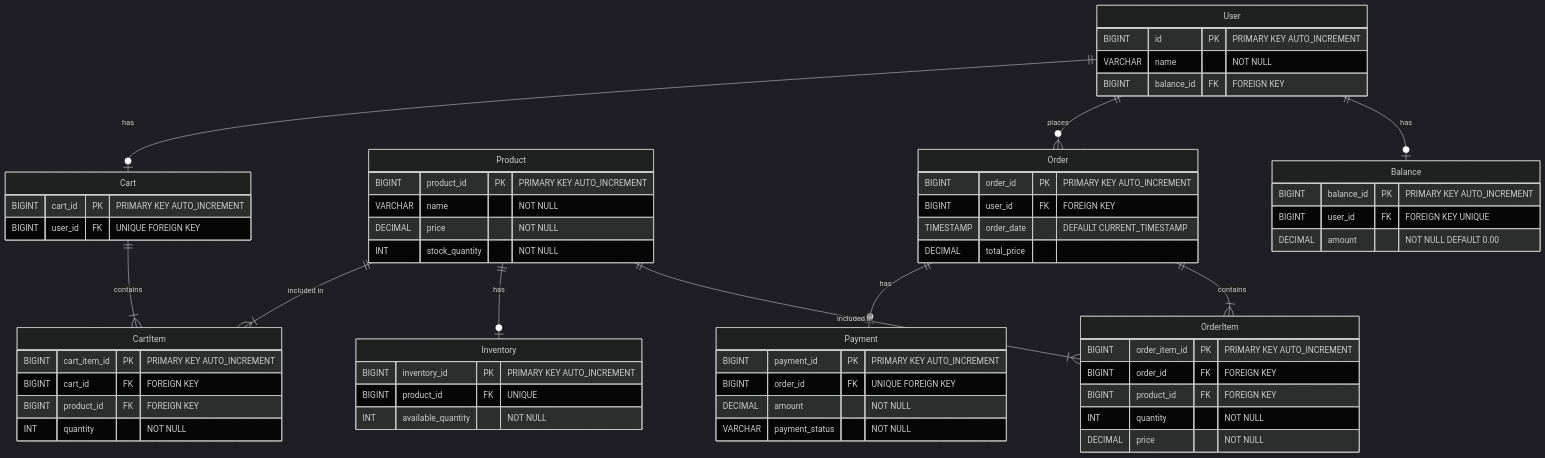
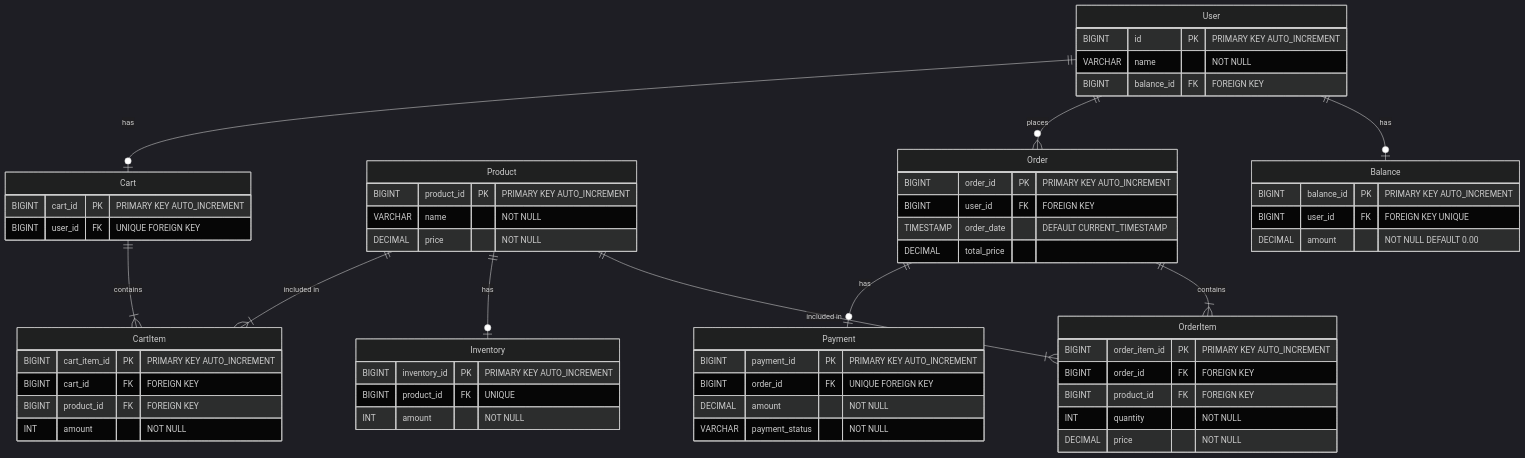
Before and after one commit to onetaek/e-commerce-project: the eighth of 8 diagrams in README.md, drawn with Mermaid (dark theme). The commit also changed other lines of this file, not shown here.

Commit message:
doc: README.md 수정(ERD, 패키지 구조)

````diff
--- a/README.md
+++ b/README.md
@@ -183,63 +178,62 @@
 ```mermaid
 erDiagram
     User {
         BIGINT id PK "PRIMARY KEY AUTO_INCREMENT"
         VARCHAR name "NOT NULL"
         BIGINT balance_id FK "FOREIGN KEY"
     }
     Balance {
         BIGINT balance_id PK "PRIMARY KEY AUTO_INCREMENT"
         BIGINT user_id FK "FOREIGN KEY UNIQUE"
         DECIMAL amount "NOT NULL DEFAULT 0.00"
     }
     Product {
         BIGINT product_id PK "PRIMARY KEY AUTO_INCREMENT"
         VARCHAR name "NOT NULL"
         DECIMAL price "NOT NULL"
-        INT stock_quantity "NOT NULL"
     }
     Order {
         BIGINT order_id PK "PRIMARY KEY AUTO_INCREMENT"
         BIGINT user_id FK "FOREIGN KEY"
         TIMESTAMP order_date "DEFAULT CURRENT_TIMESTAMP"
         DECIMAL total_price
     }
     OrderItem {
         BIGINT order_item_id PK "PRIMARY KEY AUTO_INCREMENT"
         BIGINT order_id FK "FOREIGN KEY"
         BIGINT product_id FK "FOREIGN KEY"
         INT quantity "NOT NULL"
         DECIMAL price "NOT NULL"
     }
     Inventory {
         BIGINT inventory_id PK "PRIMARY KEY AUTO_INCREMENT"
         BIGINT product_id FK "UNIQUE"
-        INT available_quantity "NOT NULL"
+        INT amount "NOT NULL"
     }
     Payment {
         BIGINT payment_id PK "PRIMARY KEY AUTO_INCREMENT"
         BIGINT order_id FK "UNIQUE FOREIGN KEY"
         DECIMAL amount "NOT NULL"
         VARCHAR payment_status "NOT NULL"
     }
     Cart {
         BIGINT cart_id PK "PRIMARY KEY AUTO_INCREMENT"
         BIGINT user_id FK "UNIQUE FOREIGN KEY"
     }
     CartItem {
         BIGINT cart_item_id PK "PRIMARY KEY AUTO_INCREMENT"
         BIGINT cart_id FK "FOREIGN KEY"
         BIGINT product_id FK "FOREIGN KEY"
-        INT quantity "NOT NULL"
+        INT amount "NOT NULL"
     }
 
-    User ||--o| Balance : "has"
-    User ||--o{ Order : "places"
-    Order ||--|{ OrderItem : "contains"
-    Order ||--o| Payment : "has"
-    Product ||--|{ OrderItem : "included in"
-    Product ||--o| Inventory : "has"
-    User ||--o| Cart : "has"
-    Cart ||--|{ CartItem : "contains"
-    Product ||--|{ CartItem : "included in"
+    User ||--o| Balance: "has"
+    User ||--o{ Order: "places"
+    Order ||--|{ OrderItem: "contains"
+    Order ||--o| Payment: "has"
+    Product ||--|{ OrderItem: "included in"
+    Product ||--o| Inventory: "has"
+    User ||--o| Cart: "has"
+    Cart ||--|{ CartItem: "contains"
+    Product ||--|{ CartItem: "included in"
 ```
````
